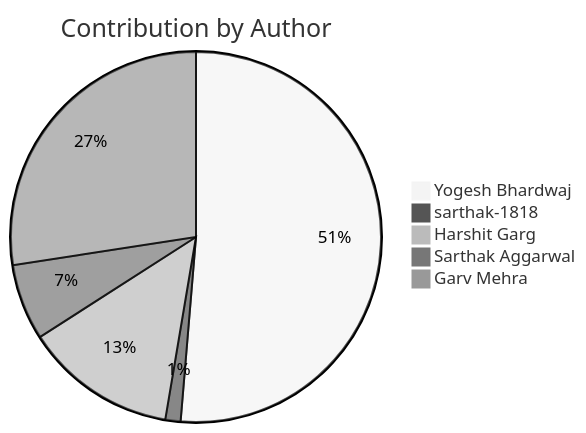
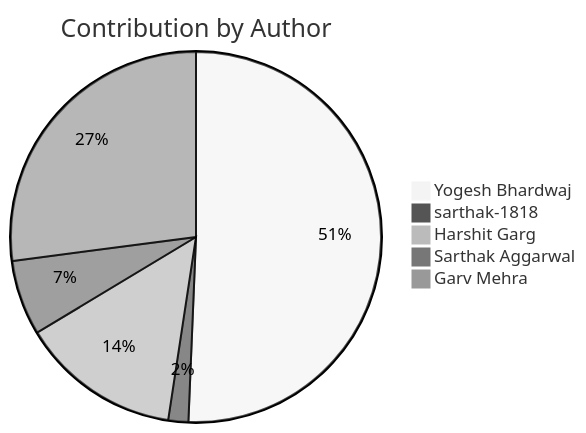
The second of 2 diagrams in README.md (Yogesh-Bhardwaj-hue/Scm-Final_2.0), drawn with Mermaid (neutral theme) before and after one commit. The commit also changed other lines of this file, not shown here.

Commit message:
Update contribution charts

````diff
--- a/README.md
+++ b/README.md
@@ -190,8 +190,8 @@
 ```mermaid
 pie title Contribution by Author
     "Yogesh Bhardwaj": 116
-    "sarthak-1818": 3
-    "Harshit Garg": 30
+    "sarthak-1818": 4
+    "Harshit Garg": 32
     "Sarthak Aggarwal": 15
     "Garv Mehra": 62
 ```
````
